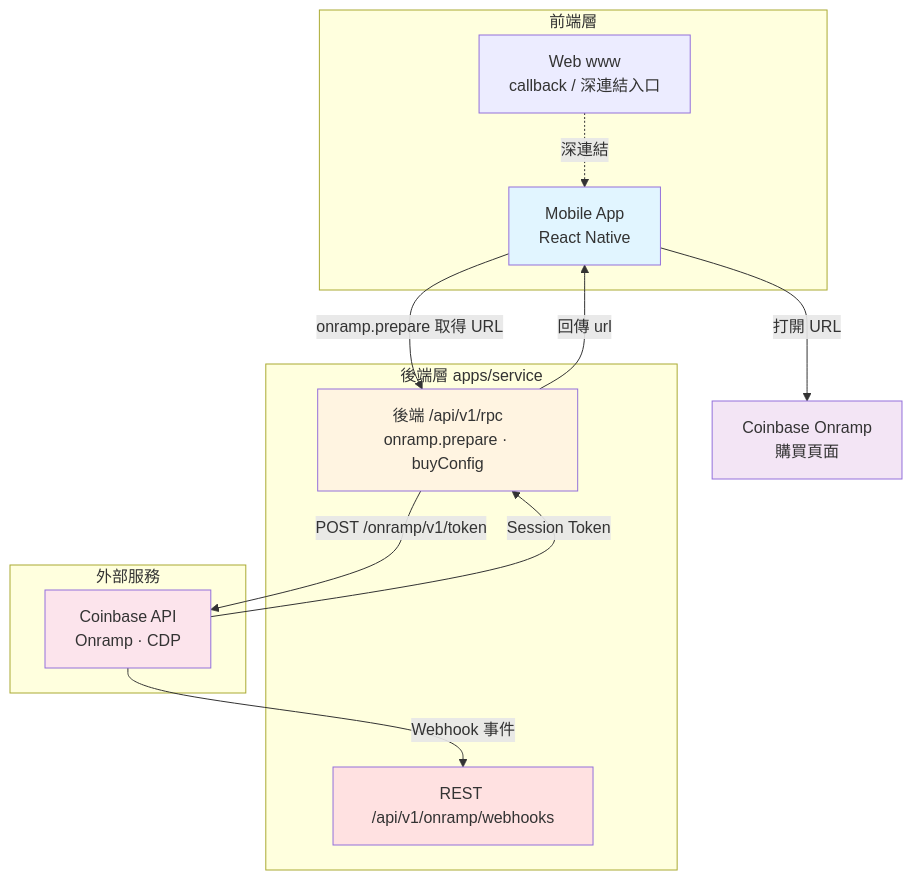
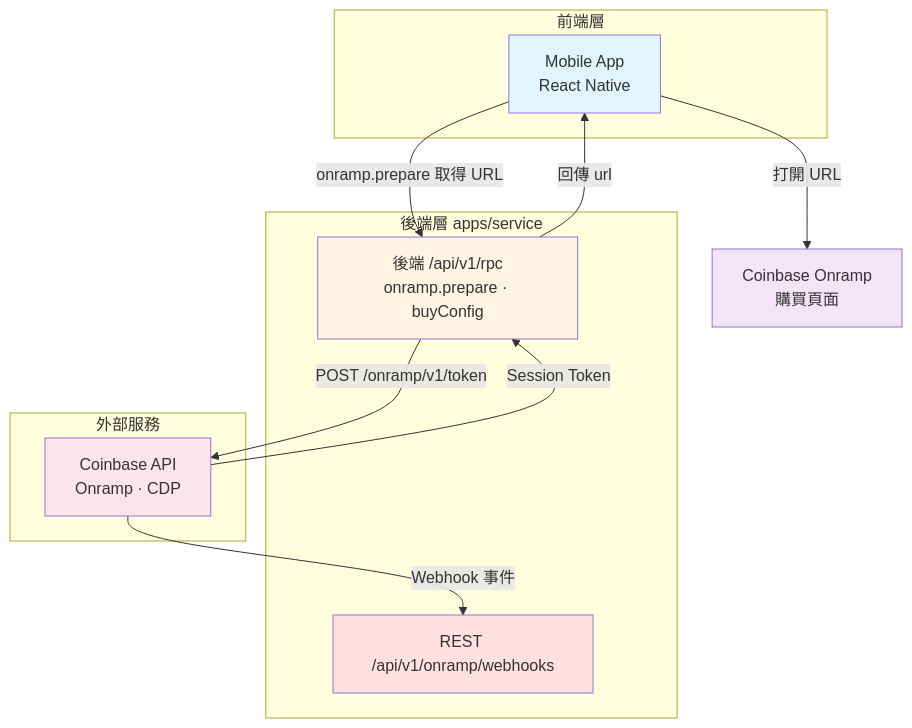
One commit to Chia1104/coinbase-onramp-demo changed the second of 3 diagrams in README.md. Above: the diagram before and after it, drawn with Mermaid. The commit also changed other lines of this file, not shown here.

````diff
--- a/README.md
+++ b/README.md
@@ -48,30 +48,28 @@
 ```mermaid
 graph TB
     subgraph "前端層"
         A[Mobile App<br/>React Native]
-        W[Web www<br/>callback / 深連結入口]
     end
 
     subgraph "後端層 apps/service"
         R[後端 /api/v1/rpc<br/>onramp.prepare · buyConfig]
         H[REST /api/v1/onramp/webhooks]
     end
 
     subgraph "外部服務"
         C[Coinbase API<br/>Onramp · CDP]
     end
 
     A -->|onramp.prepare 取得 URL| R
     R -->|POST /onramp/v1/token| C
     C -->|Session Token| R
     R -->|回傳 url| A
     A -->|打開 URL| D[Coinbase Onramp<br/>購買頁面]
     C -->|Webhook 事件| H
-    W -.->|深連結| A
 
     style A fill:#e1f5ff
     style R fill:#fff4e1
     style H fill:#ffe1e1
     style C fill:#fce4ec
     style D fill:#f3e5f5
 ```
````
